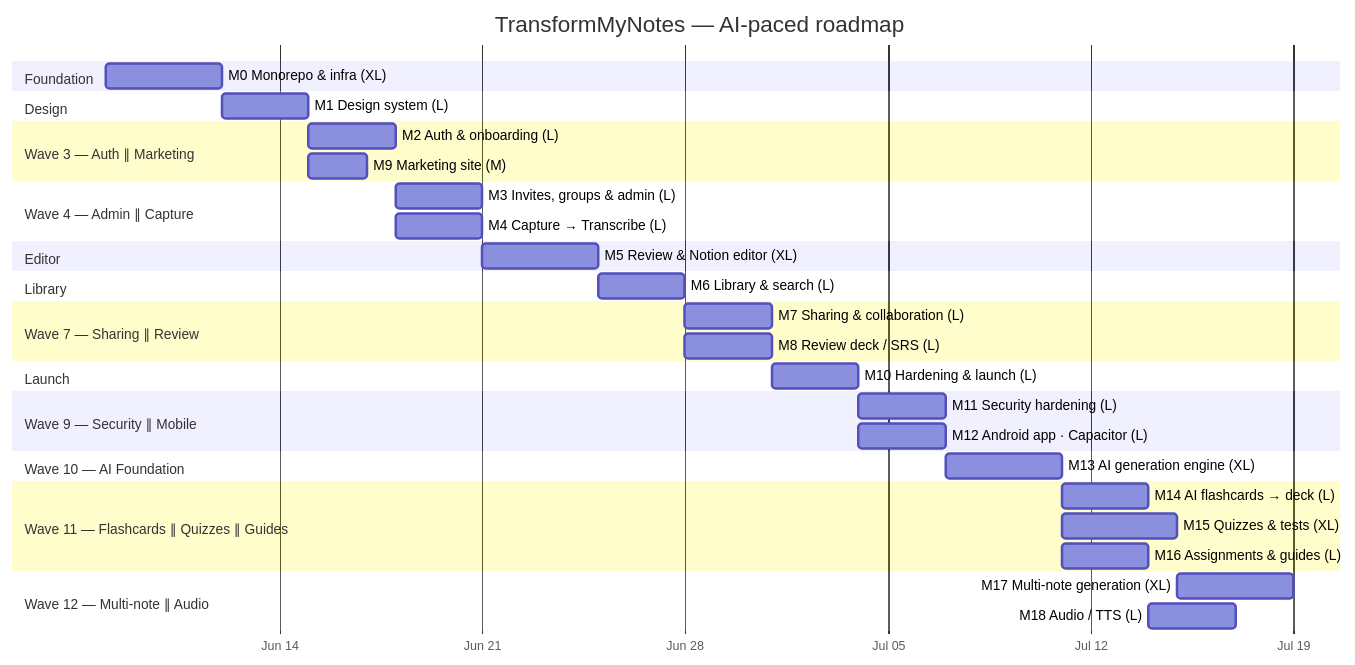
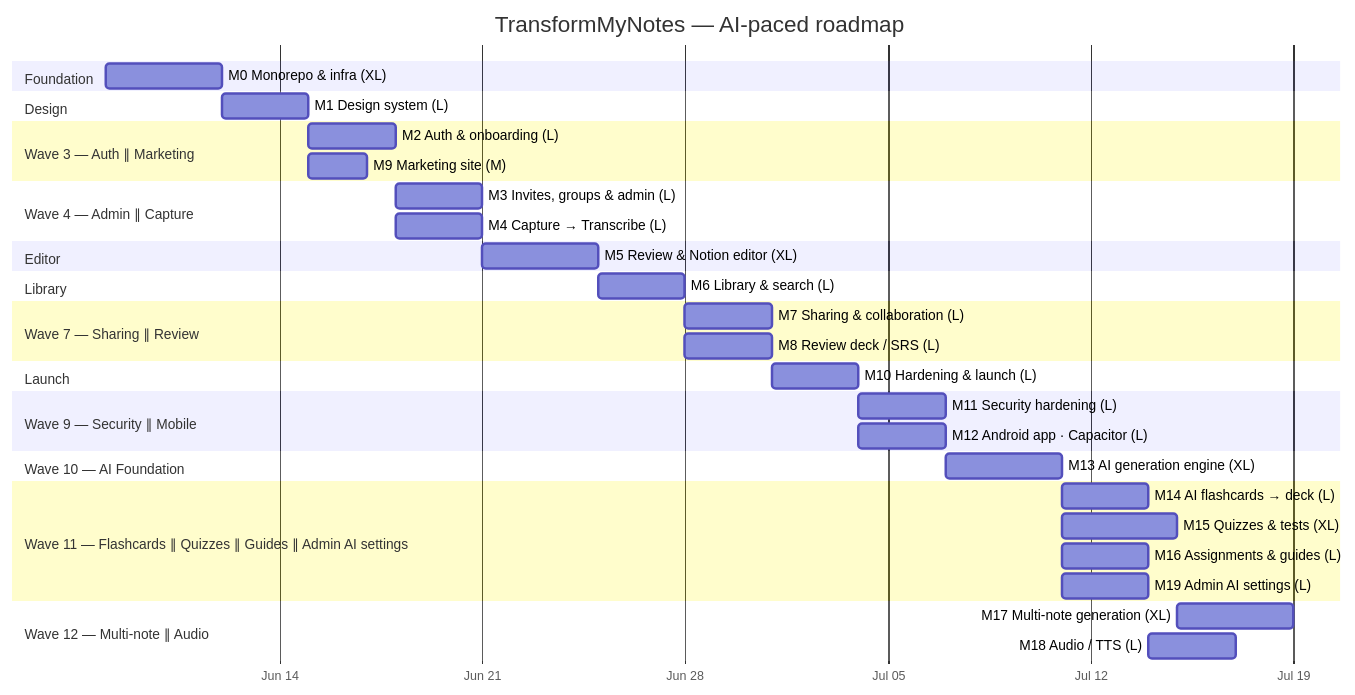
The second of 2 diagrams in docs/milestones/ROADMAP.md (jasonp2323/transformmynotes), drawn with Mermaid before and after one commit. The commit also changed other lines of this file and 3 other files, not shown here.

First line of the commit message:
docs: add M19 admin AI settings + route M13 config via resolver

````diff
--- a/docs/milestones/ROADMAP.md
+++ b/docs/milestones/ROADMAP.md
@@ -62,37 +64,38 @@
 ```mermaid
 gantt
   title TransformMyNotes — AI-paced roadmap
   dateFormat YYYY-MM-DD
   axisFormat %b %d
   section Foundation
   M0 Monorepo & infra (XL)      :m0, 2026-06-08, 4d
   section Design
   M1 Design system (L)          :m1, after m0, 3d
   section Wave 3 — Auth ∥ Marketing
   M2 Auth & onboarding (L)      :m2, after m1, 3d
   M9 Marketing site (M)         :m9, after m1, 2d
   section Wave 4 — Admin ∥ Capture
   M3 Invites, groups & admin (L):m3, after m2, 3d
   M4 Capture → Transcribe (L)   :m4, after m2, 3d
   section Editor
   M5 Review & Notion editor (XL):m5, after m4, 4d
   section Library
   M6 Library & search (L)       :m6, after m5, 3d
   section Wave 7 — Sharing ∥ Review
   M7 Sharing & collaboration (L):m7, after m6, 3d
   M8 Review deck / SRS (L)      :m8, after m6, 3d
   section Launch
   M10 Hardening & launch (L)    :m10, after m8, 3d
   section Wave 9 — Security ∥ Mobile
   M11 Security hardening (L)    :m11, after m10, 3d
   M12 Android app · Capacitor (L):m12, after m10, 3d
   section Wave 10 — AI Foundation
   M13 AI generation engine (XL) :m13, 2026-07-07, 4d
-  section Wave 11 — Flashcards ∥ Quizzes ∥ Guides
+  section Wave 11 — Flashcards ∥ Quizzes ∥ Guides ∥ Admin AI settings
   M14 AI flashcards → deck (L)  :m14, after m13, 3d
   M15 Quizzes & tests (XL)      :m15, after m13, 4d
   M16 Assignments & guides (L)  :m16, after m13, 3d
+  M19 Admin AI settings (L)     :m19, after m13, 3d
   section Wave 12 — Multi-note ∥ Audio
   M17 Multi-note generation (XL):m17, after m15, 4d
   M18 Audio / TTS (L)           :m18, after m14, 3d
 ```
````
